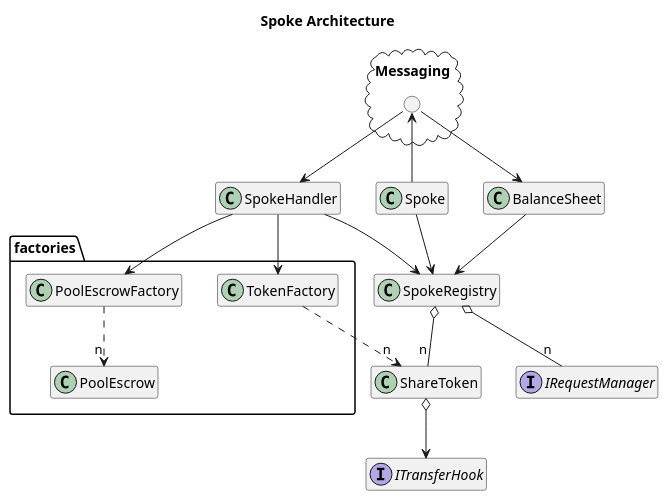
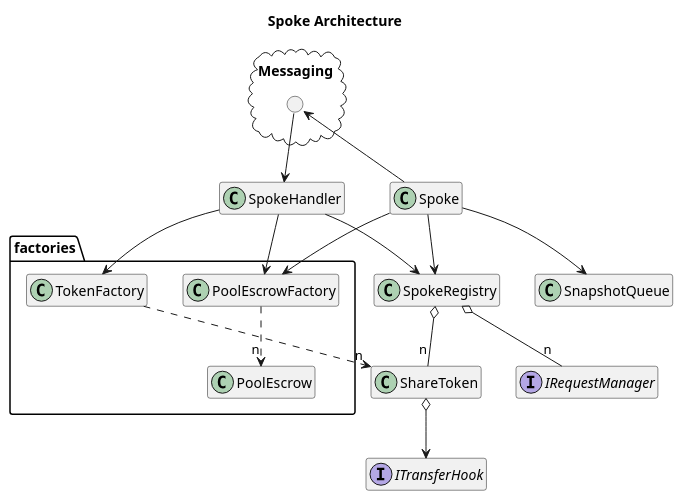
Before and after one commit to centrifuge/protocol: the diagram in docs/architecture/core/spoke.puml, drawn with PlantUML. The commit also changed 111 other files, not shown here.

Commit message:
Merge BalanceSheet into Spoke (#255)

```diff
--- a/docs/architecture/core/spoke.puml
+++ b/docs/architecture/core/spoke.puml
@@ -1,43 +1,43 @@
 @startuml spoke
 title Spoke Architecture
 hide empty members
 
 package "Messaging" <<cloud>> {
     circle " " as messaging
 }
 
 package factories {
     class TokenFactory
     class PoolEscrowFactory
     class PoolEscrow
 }
 
 class Spoke
 class SpokeHandler
 class SpokeRegistry
 
-class BalanceSheet
+class SnapshotQueue
 class ShareToken
 interface ITransferHook
 interface IRequestManager
 
 Spoke -down-> SpokeRegistry
+Spoke -down-> SnapshotQueue
 Spoke -up-> messaging
 
 messaging --> SpokeHandler
 SpokeHandler --> SpokeRegistry
 SpokeHandler --> TokenFactory
 SpokeHandler --> PoolEscrowFactory
 
-messaging --> BalanceSheet
-BalanceSheet --> SpokeRegistry
+Spoke --> PoolEscrowFactory
 
 SpokeRegistry o-- "n" IRequestManager
 SpokeRegistry o-- "n" ShareToken
 
 ' Factories
 TokenFactory ..> "n" ShareToken
 PoolEscrowFactory ..> "n" PoolEscrow
 ShareToken o--> ITransferHook
 
 @enduml
```
